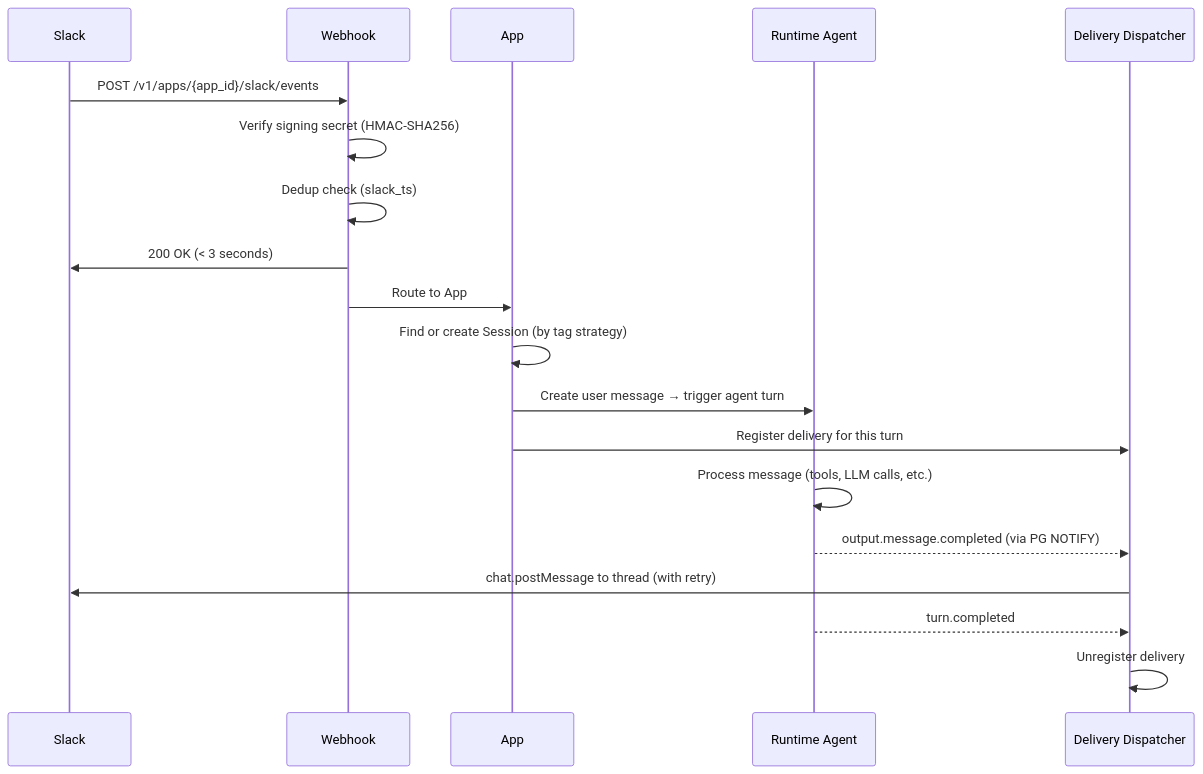
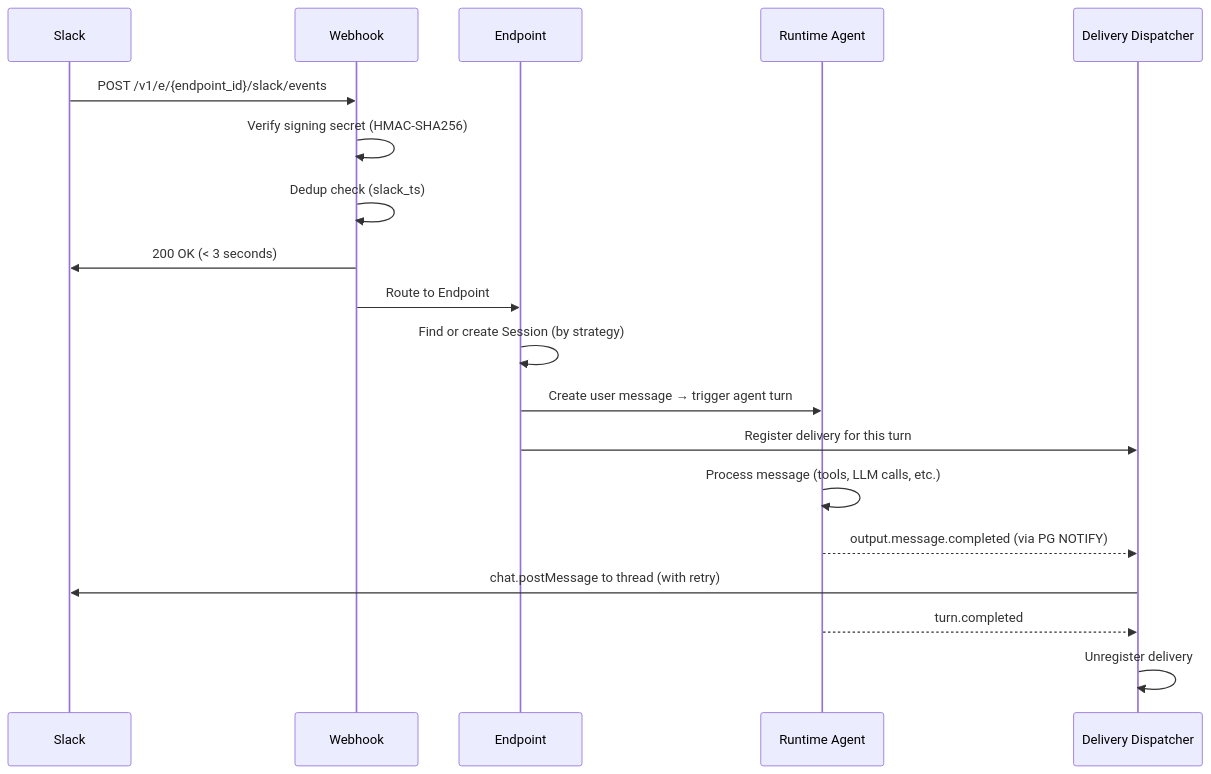
One commit to everruns/everruns changed the diagram in docs/images/integrations/slack-message-flow.mmd. Above: the diagram before and after it, drawn with Mermaid. The commit also changed 18 other files, not shown here.

Commit message:
docs(slack): document endpoint setup — Fixes EVE-1052

```diff
--- a/docs/images/integrations/slack-message-flow.mmd
+++ b/docs/images/integrations/slack-message-flow.mmd
@@ -1,20 +1,19 @@
 sequenceDiagram
     participant S as Slack
     participant W as Webhook
-    participant A as App
+    participant E as Endpoint
     participant R as Runtime Agent
     participant D as Delivery Dispatcher
-
-    S->>W: POST /v1/apps/{app_id}/slack/events
+    S->>W: POST /v1/e/{endpoint_id}/slack/events
     W->>W: Verify signing secret (HMAC-SHA256)
     W->>W: Dedup check (slack_ts)
     W->>S: 200 OK (< 3 seconds)
-    W->>A: Route to App
-    A->>A: Find or create Session (by tag strategy)
-    A->>R: Create user message → trigger agent turn
-    A->>D: Register delivery for this turn
+    W->>E: Route to Endpoint
+    E->>E: Find or create Session (by strategy)
+    E->>R: Create user message → trigger agent turn
+    E->>D: Register delivery for this turn
     R->>R: Process message (tools, LLM calls, etc.)
     R-->>D: output.message.completed (via PG NOTIFY)
     D->>S: chat.postMessage to thread (with retry)
     R-->>D: turn.completed
     D->>D: Unregister delivery
```
